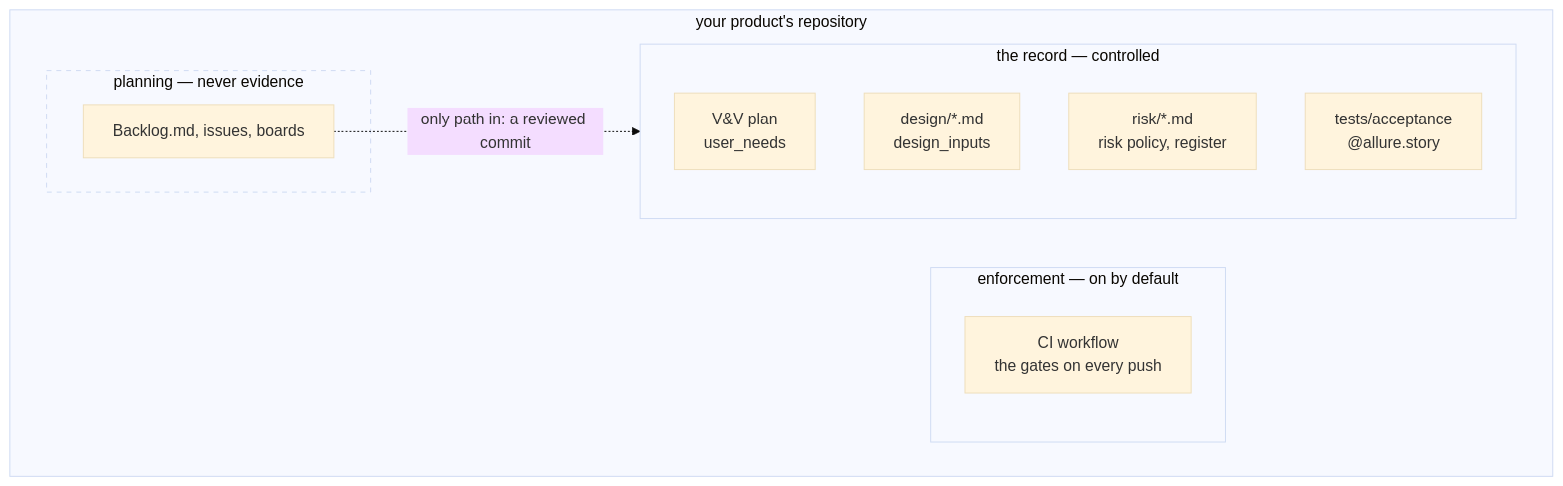
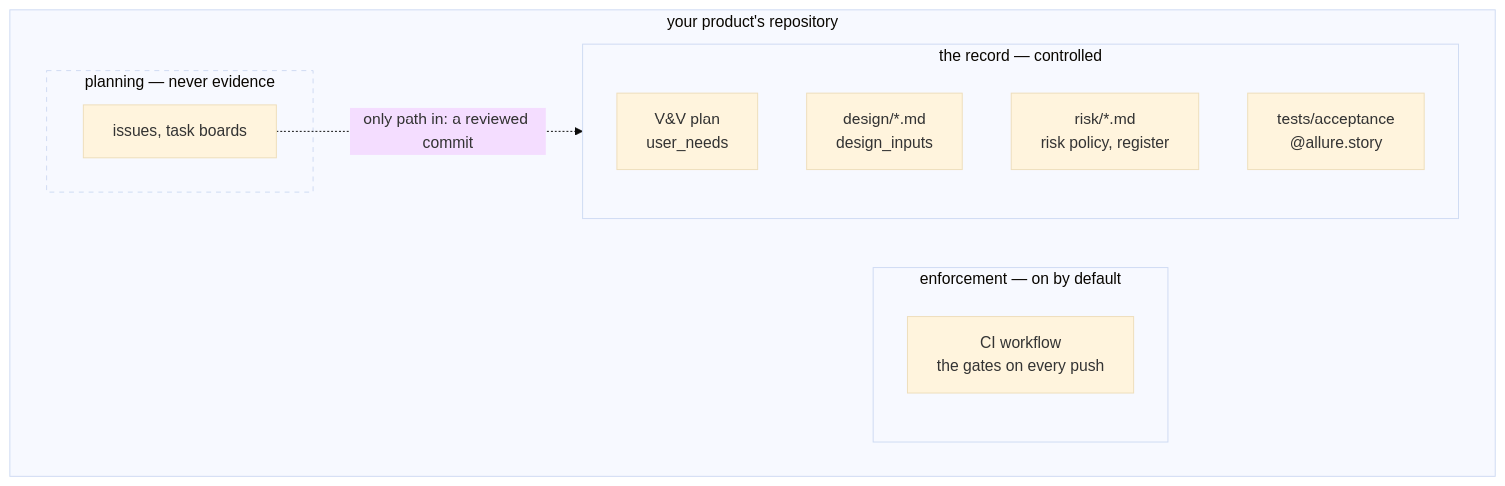
Before and after one commit to scope-impact/rdm: the second of 2 diagrams in docs/about/how-rdm-works.md, drawn with Mermaid (base theme). The commit also changed other lines of this file and 67 other files, not shown here.

First line of the commit message:
Cleanup: remove translate, story trace, the graph's rules and manual projection, Backlog.md

````diff
--- a/docs/about/how-rdm-works.md
+++ b/docs/about/how-rdm-works.md
@@ -95,19 +94,19 @@
 ```mermaid
 flowchart TD
     subgraph repo["your product's repository"]
         subgraph record["the record — controlled"]
             VVP["V&V plan<br>user_needs"]
             DESIGN["design/*.md<br>design_inputs"]
             RISKS["risk/*.md<br>risk policy, register"]
             TESTS["tests/acceptance<br>@allure.story"]
         end
         subgraph enforce["enforcement — on by default"]
             CI["CI workflow<br>the gates on every push"]
         end
         subgraph plan["planning — never evidence"]
-            PM["Backlog.md, issues, boards"]
+            PM["issues, task boards"]
         end
     end
     PM -. "only path in: a reviewed commit" .-> record
     style plan stroke-dasharray: 5 5
 ```
````
